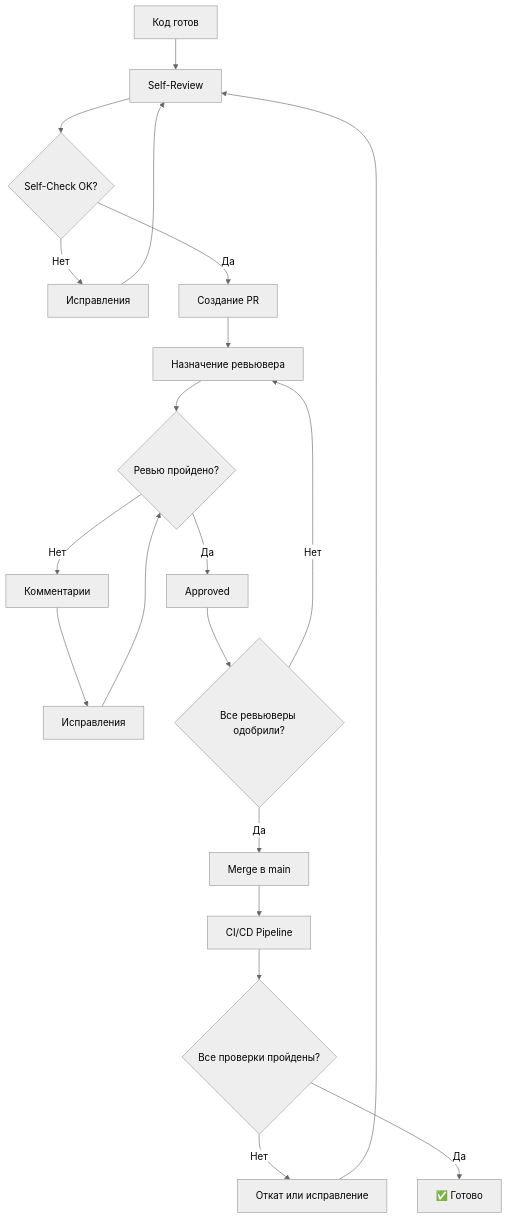
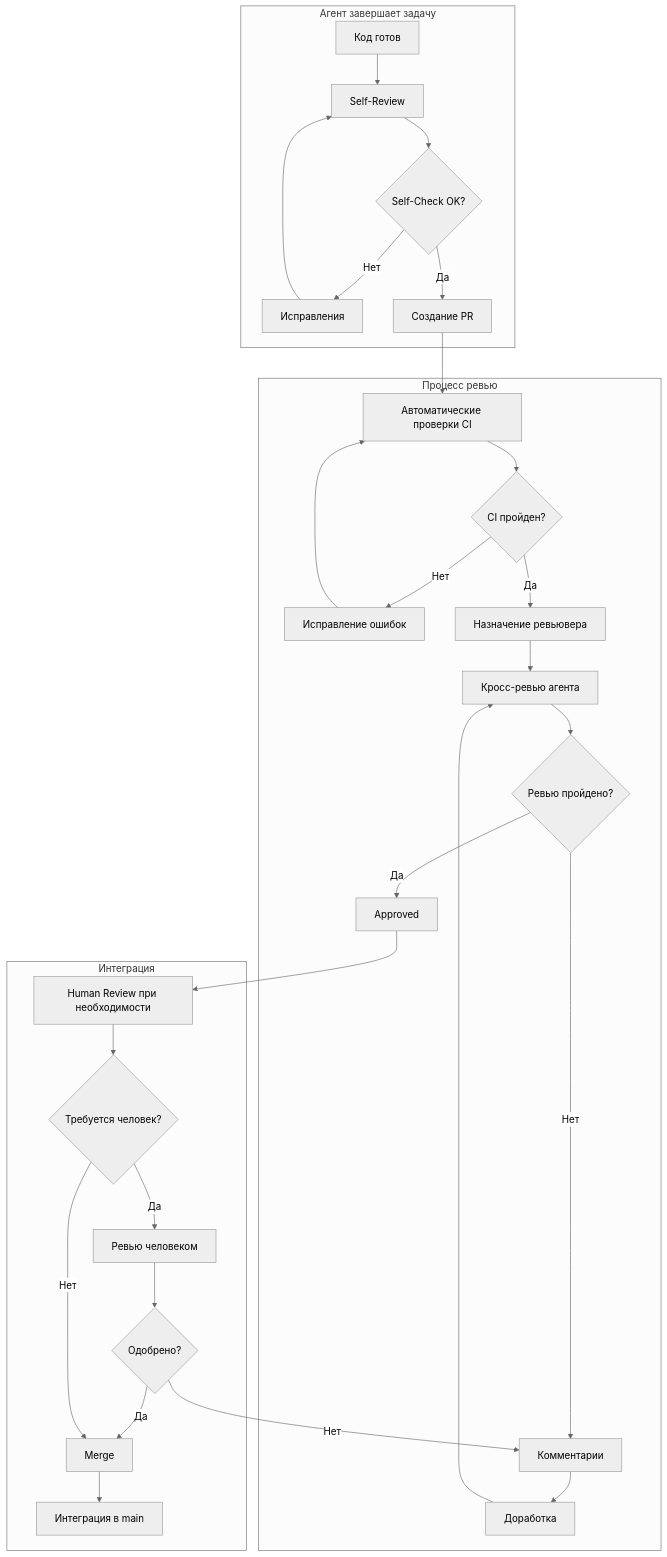
Before and after one commit to Goldie228/GoldPC: the first of 5 diagrams in development-plan/09-code-review-and-integration.md, drawn with Mermaid (neutral theme). The commit also changed other lines of this file and 10 other files, not shown here.

````diff
--- a/development-plan/09-code-review-and-integration.md
+++ b/development-plan/09-code-review-and-integration.md
@@ -29,22 +34,35 @@
 ```mermaid
 flowchart TD
-    A[Код готов] --> B[Self-Review]
-    B --> C{Self-Check OK?}
-    C -- Нет --> D[Исправления]
-    D --> B
-    C -- Да --> E[Создание PR]
-    E --> F[Назначение ревьювера]
-    F --> G{Ревью пройдено?}
-    G -- Нет --> H[Комментарии]
-    H --> I[Исправления]
-    I --> G
-    G -- Да --> J[Approved]
-    J --> K{Все ревьюверы одобрили?}
-    K -- Нет --> F
-    K -- Да --> L[Merge в main]
-    L --> M[CI/CD Pipeline]
-    M --> N{Все проверки пройдены?}
-    N -- Нет --> O[Откат или исправление]
-    O --> B
-    N -- Да --> P[✅ Готово]
+    subgraph Agent[Агент завершает задачу]
+        A1[Код готов] --> A2[Self-Review]
+        A2 --> A3{Self-Check OK?}
+        A3 -- Нет --> A4[Исправления]
+        A4 --> A2
+        A3 -- Да --> A5[Создание PR]
+    end
+    
+    subgraph Review[Процесс ревью]
+        A5 --> R1[Автоматические проверки CI]
+        R1 --> R2{CI пройден?}
+        R2 -- Нет --> R3[Исправление ошибок]
+        R3 --> R1
+        R2 -- Да --> R4[Назначение ревьювера]
+        R4 --> R5[Кросс-ревью агента]
+        R5 --> R6{Ревью пройдено?}
+        R6 -- Нет --> R7[Комментарии]
+        R7 --> R8[Доработка]
+        R8 --> R5
+        R6 -- Да --> R9[Approved]
+    end
+    
+    subgraph Integration[Интеграция]
+        R9 --> I1[Human Review при необходимости]
+        I1 --> I2{Требуется человек?}
+        I2 -- Да --> I3[Ревью человеком]
+        I3 --> I4{Одобрено?}
+        I4 -- Нет --> R7
+        I4 -- Да --> I5[Merge]
+        I2 -- Нет --> I5
+        I5 --> I6[Интеграция в main]
+    end
 ```
````
